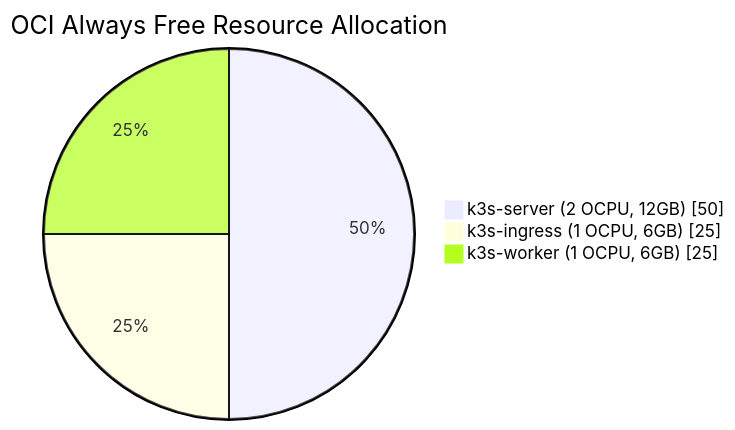
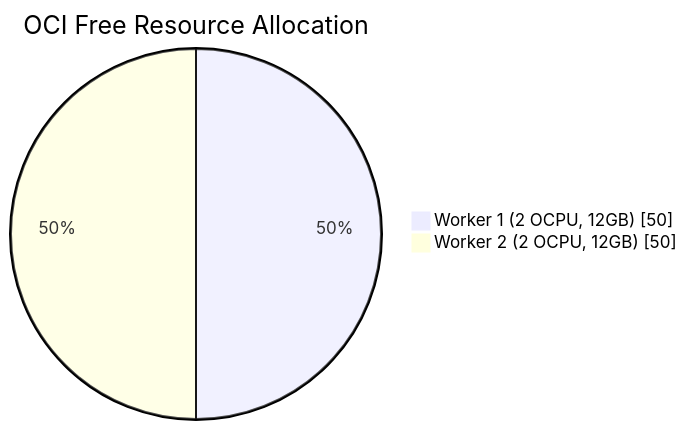
Before and after one commit to nsudhanva/k8s-oracle: the first of 3 diagrams in docs/src/content/docs/architecture/always-free.md, drawn with Mermaid. The commit also changed other lines of this file and 16 other files, not shown here.

Commit message:
docs: update architecture to OKE and fix envoy gateway subnet

````diff
--- a/docs/src/content/docs/architecture/always-free.md
+++ b/docs/src/content/docs/architecture/always-free.md
@@ -8,7 +8,6 @@
 ```mermaid
 pie showData
-    title OCI Always Free Resource Allocation
-    "k3s-server (2 OCPU, 12GB)" : 50
-    "k3s-ingress (1 OCPU, 6GB)" : 25
-    "k3s-worker (1 OCPU, 6GB)" : 25
+    title OCI Free Resource Allocation
+    "Worker 1 (2 OCPU, 12GB)" : 50
+    "Worker 2 (2 OCPU, 12GB)" : 50
 ```
````
